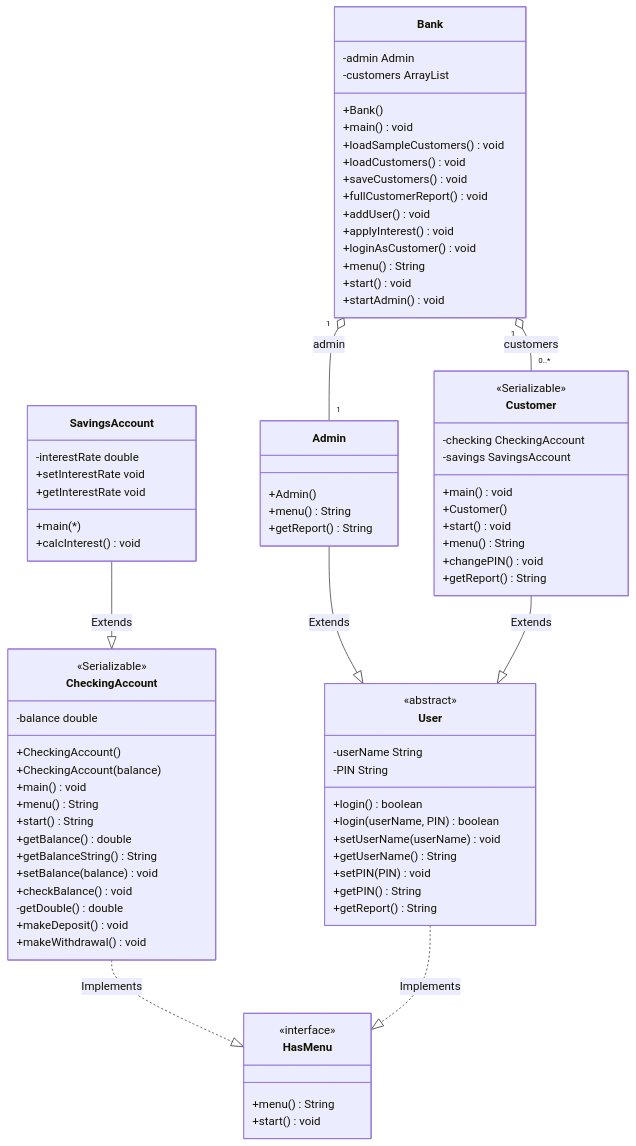
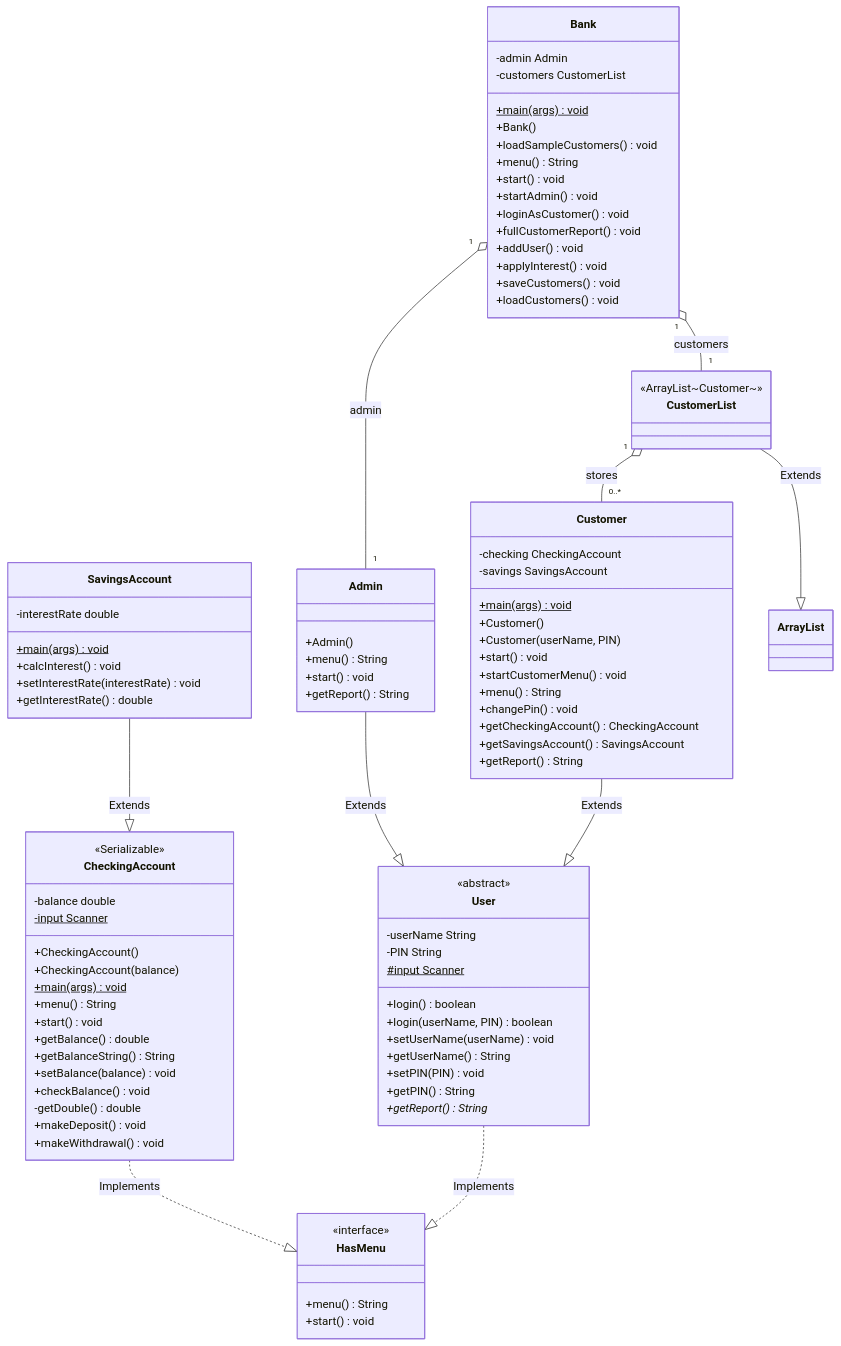
The diagram in readme.md (isaiahthomasit/bankOnIt2), drawn with Mermaid before and after one commit. The commit also changed other lines of this file, not shown here.

Commit message:
Update class diagram and add pseudocode for serialization

````diff
--- a/readme.md
+++ b/readme.md
@@ -9,11 +9,12 @@
   class CheckingAccount {
     <<Serializable>>
     -balance double
+    -input Scanner$
     +CheckingAccount()
     +CheckingAccount(balance)
-    +main() void
+    +main(args) void$
     +menu() String
-    +start() String
+    +start() void
     +getBalance() double
     +getBalanceString() String
     +setBalance(balance) void
@@ -25,66 +26,79 @@
 
   class SavingsAccount {
     -interestRate double
-    +main(*)
+    +main(args) void$
     +calcInterest() void
-    +setInterestRate void
-    +getInterestRate void
+    +setInterestRate(interestRate) void
+    +getInterestRate() double
   }
 
   class User {
     <<abstract>>
+    <<Serializable>>
     -userName String
     -PIN String
+    #input Scanner$
     +login() boolean
     +login(userName, PIN) boolean
     +setUserName(userName) void
     +getUserName() String
     +setPIN(PIN) void
     +getPIN() String
-    +getReport() String
+    +getReport() String*
   }
 
   class Admin {
     +Admin()
     +menu() String
+    +start() void
     +getReport() String
   }
 
   class Customer {
-    <<Serializable>>
     -checking CheckingAccount
     -savings SavingsAccount
-    +main() void
+    +main(args) void$
     +Customer()
+    +Customer(userName, PIN)
     +start() void
+    +startCustomerMenu() void
     +menu() String
-    +changePIN() void
+    +changePin() void
+    +getCheckingAccount() CheckingAccount
+    +getSavingsAccount() SavingsAccount
     +getReport() String
+  }
+
+  class CustomerList {
+    <<ArrayList~Customer~>>
   }
 
   class Bank {
     -admin Admin
-    -customers ArrayList
+    -customers CustomerList
+    +main(args) void$
     +Bank()
-    +main() void
     +loadSampleCustomers() void
-    +loadCustomers() void
-    +saveCustomers() void
+    +menu() String
+    +start() void
+    +startAdmin() void
+    +loginAsCustomer() void
     +fullCustomerReport() void
     +addUser() void
     +applyInterest() void
-    +loginAsCustomer() void
-    +menu() String
-    +start() void
-    +startAdmin() void
+    +saveCustomers() void
+    +loadCustomers() void
   }
 
   CheckingAccount ..|> HasMenu : Implements
   User ..|> HasMenu : Implements
+
   SavingsAccount --|> CheckingAccount : Extends
   Admin --|> User : Extends
   Customer --|> User : Extends
+  CustomerList --|> ArrayList : Extends
 
   Bank "1" o-- "1" Admin : admin
-  Bank "1" o-- "0..*" Customer : customers
+  Bank "1" o-- "1" CustomerList : customers
+  CustomerList "1" o-- "0..*" Customer : stores
 ```
````
